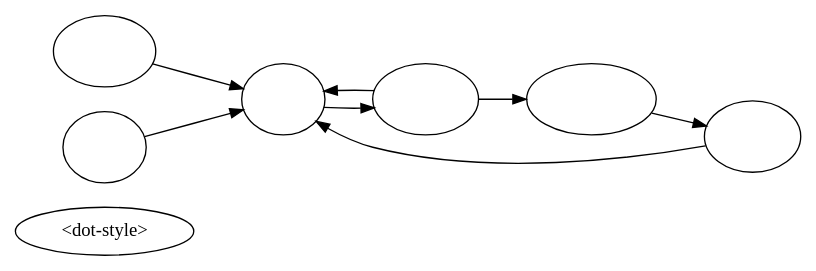
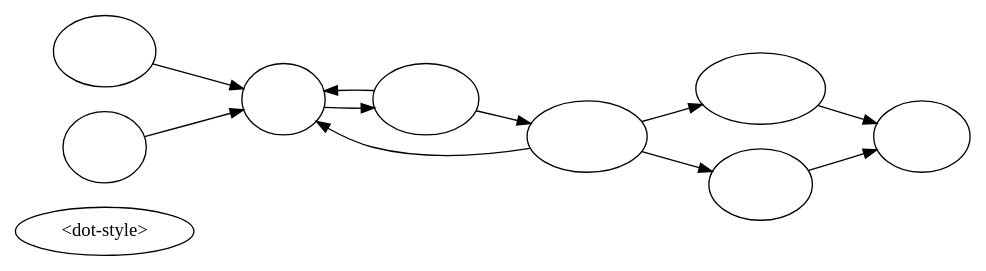
The first of 2 diagrams in hb-doc-production.org (deerpig/runbooks), drawn with Graphviz before and after one commit. The commit also changed other lines of this file and 3 other files, not shown here.

Commit message:
fix src dot call I was trying to use as an example

```diff
--- a/hb-doc-production.org
+++ b/hb-doc-production.org
@@ -94,22 +87,26 @@
-#+BEGIN_SRC dot :file ./img/org-git-workflow.png :noweb yes :exports results
+#+BEGIN_SRC dot :file img/org-git-workflow.png :noweb yes :exports results
 digraph h {
   <<dot-style>>
-
+  rankdir=LR; 
   node    [fillcolor="#56B4E9:0.5:#8EC9E9",gradientangle=60,fontcolor="#FFFFFF",shape=oval]
   clone   [label="git\nclone"]
   edit    [label="org\nedit"]
   comit   [label="git\ncomit"]
+  deploy  [label="deploy\n.sh"]
   publish [label="org\npublish"]
+  jekyll  [label="jekyll\nbuild"]
   push    [label="git\npush"]
   pull    [label="git\npull"]
-
-  rankdir=LR; 
 
   clone -> edit ; 
   edit -> comit ;
   comit -> edit ;
-  comit -> publish -> push ;
+  comit -> deploy ;
   pull -> edit ;
-  push -> edit ;
+  deploy -> edit ;
+  deploy -> publish ;
+  deploy -> jekyll ;
+  jekyll -> push ;
+  publish -> push ;
 }
 #+END_SRC
```
